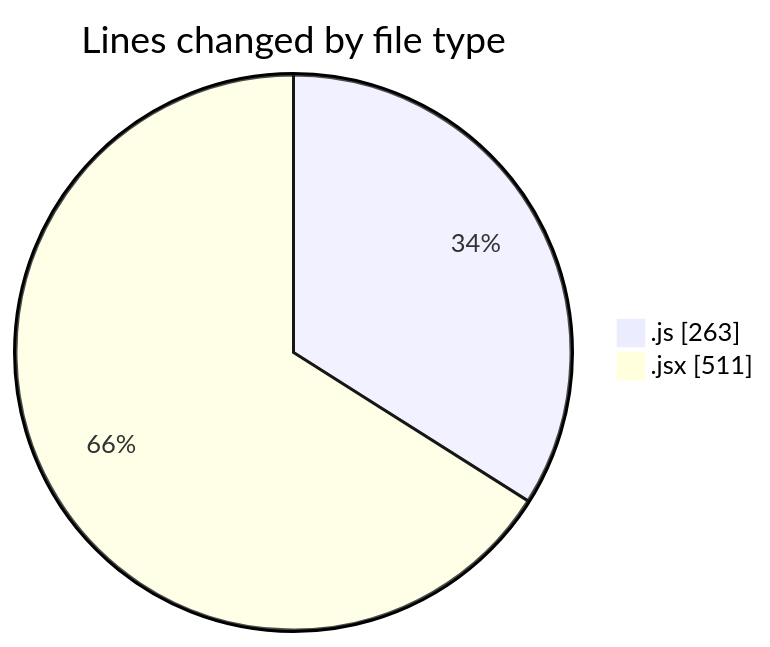
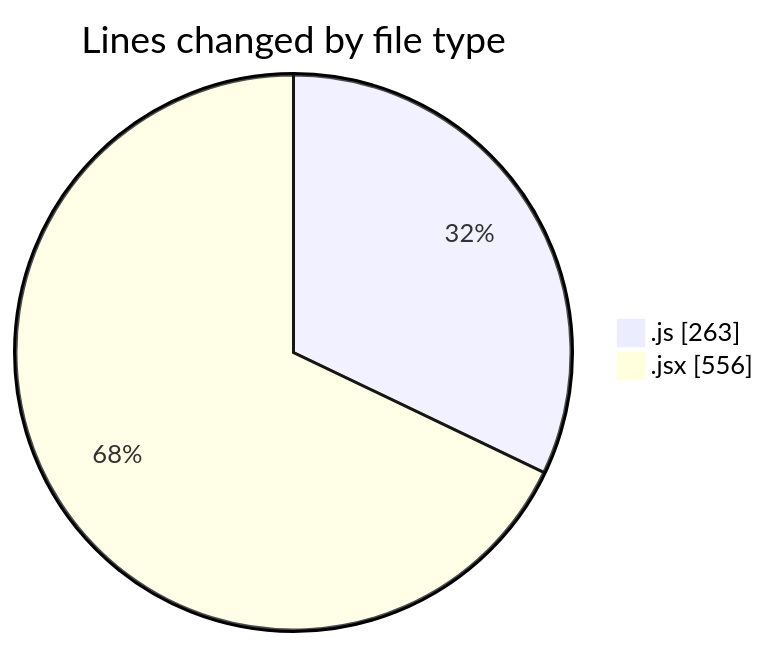
The first of 2 diagrams in 2025-05-31/nxtqube_webapp/README.md (nxtqubesakshisongat/code-tracking), drawn with Mermaid before and after one commit. The commit also changed other lines of this file and 1 other file, not shown here.

````diff
--- a/2025-05-31/nxtqube_webapp/README.md
+++ b/2025-05-31/nxtqube_webapp/README.md
@@ -23,6 +23,6 @@
 ```mermaid
 pie showData
 title Lines changed by file type
 ".js" : 263
-".jsx" : 511
+".jsx" : 556
 ```
````
